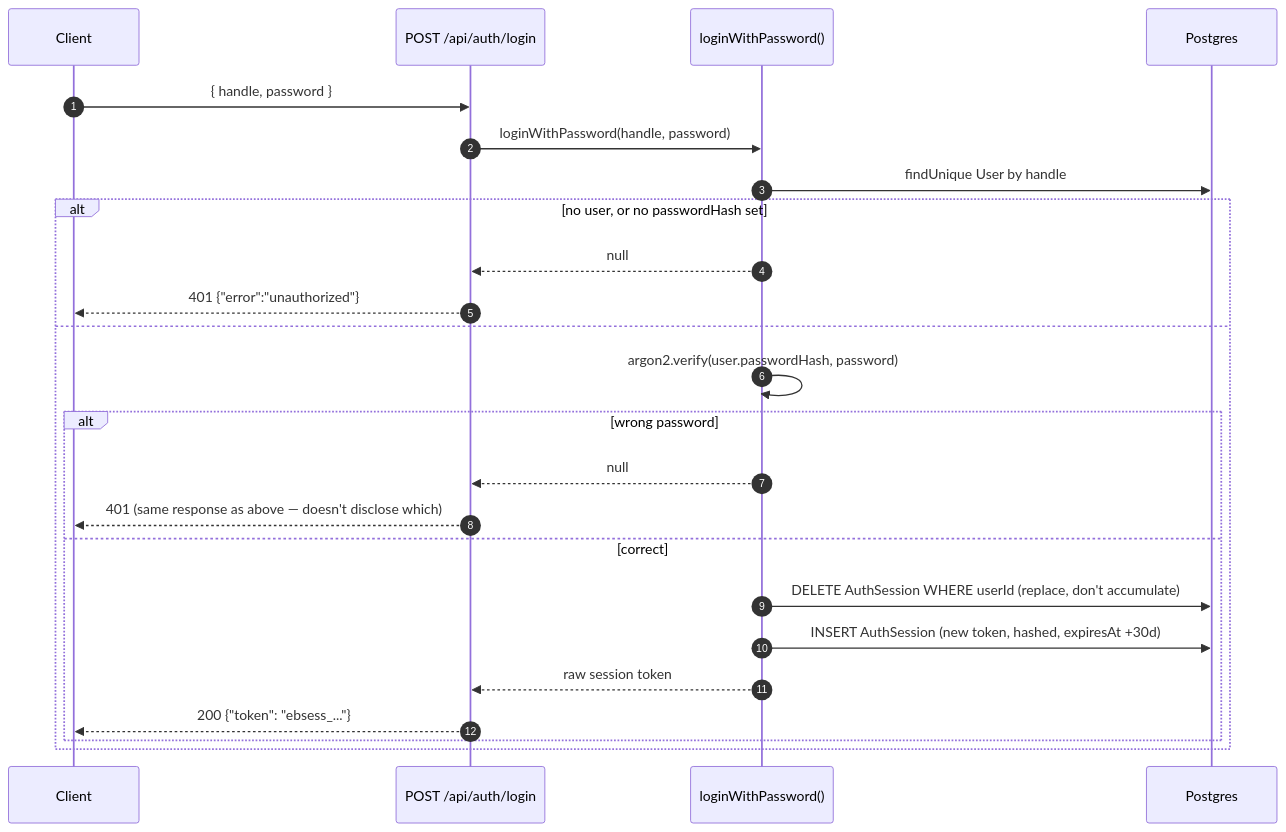
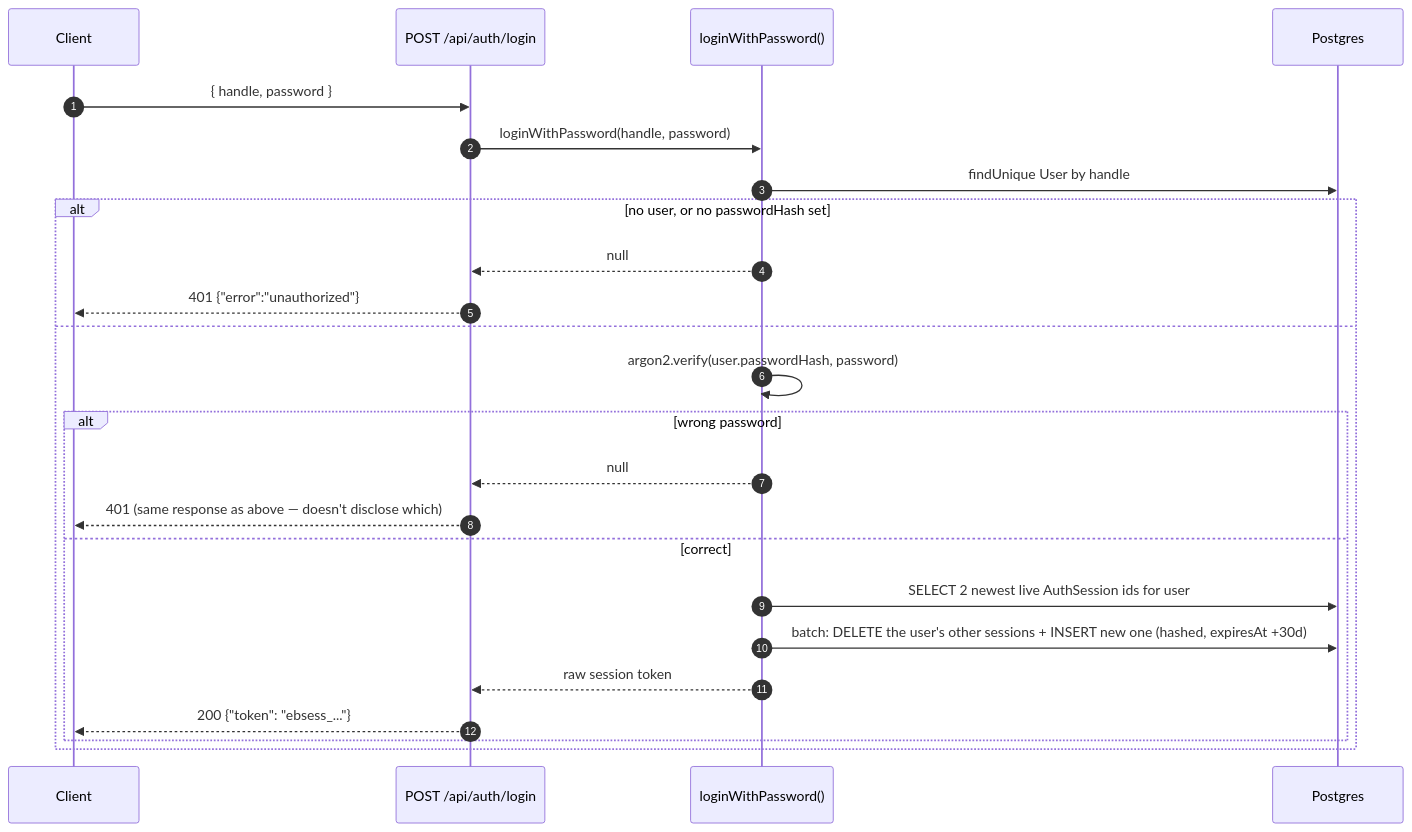
One commit to JaxzTan/todo_list changed the fifth of 8 diagrams in architecture.md. Above: the diagram before and after it, drawn with Mermaid. The commit also changed other lines of this file and 27 other files, not shown here.

````diff
--- a/architecture.md
+++ b/architecture.md
@@ -417,27 +416,27 @@
 ```mermaid
 sequenceDiagram
     autonumber
     participant C as Client
     participant R as POST /api/auth/login
     participant S as loginWithPassword()
     participant D as Postgres
 
     C->>R: { handle, password }
     R->>S: loginWithPassword(handle, password)
     S->>D: findUnique User by handle
     alt no user, or no passwordHash set
         S-->>R: null
         R-->>C: 401 {"error":"unauthorized"}
     else
         S->>S: argon2.verify(user.passwordHash, password)
         alt wrong password
             S-->>R: null
             R-->>C: 401 (same response as above — doesn't disclose which)
         else correct
-            S->>D: DELETE AuthSession WHERE userId (replace, don't accumulate)
-            S->>D: INSERT AuthSession (new token, hashed, expiresAt +30d)
+            S->>D: SELECT 2 newest live AuthSession ids for user
+            S->>D: batch: DELETE the user's other sessions + INSERT new one (hashed, expiresAt +30d)
             S-->>R: raw session token
             R-->>C: 200 {"token": "ebsess_..."}
         end
     end
 ```
````
